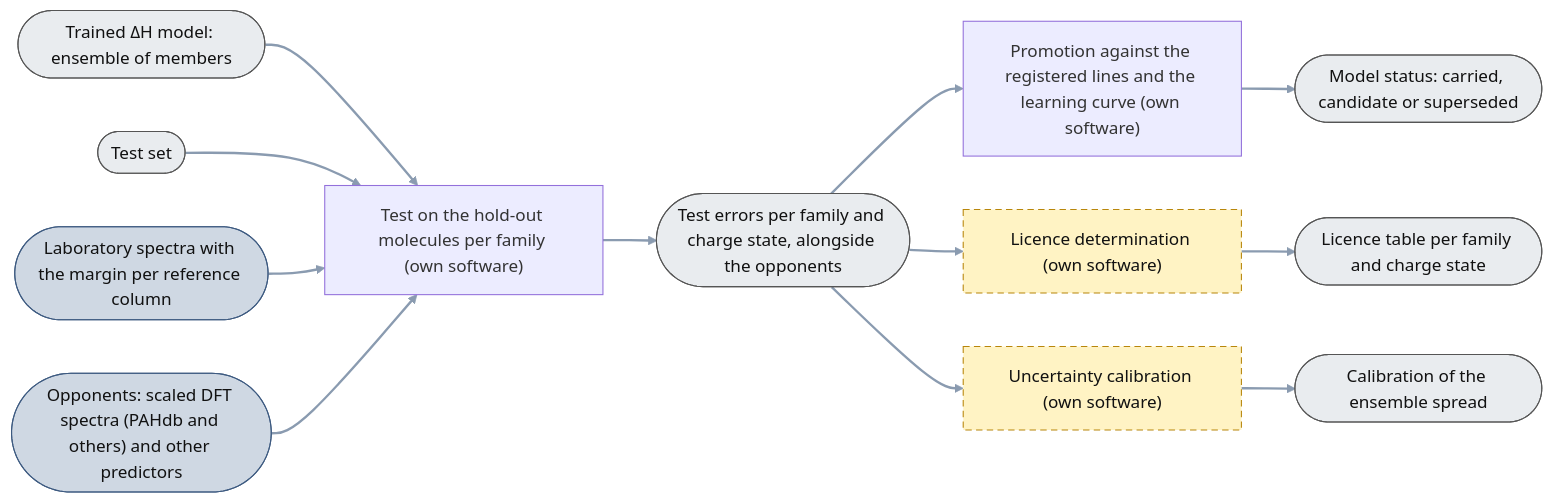
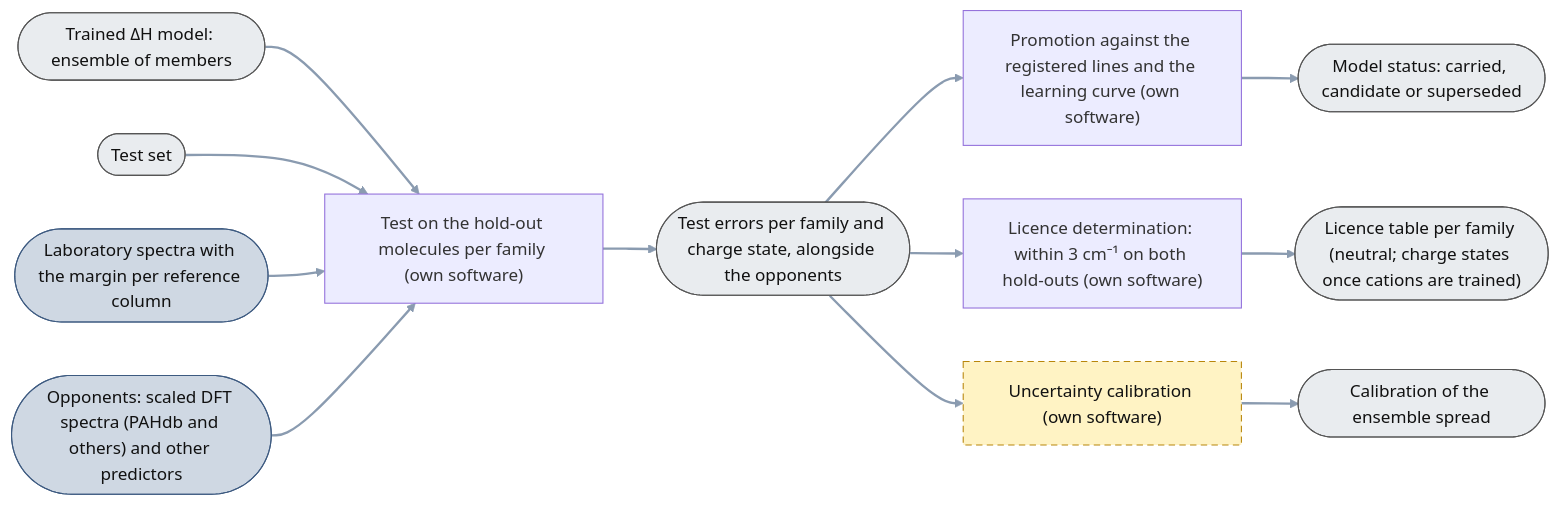
One commit to thebreadishard/udacity-capstone-plan changed the diagram in plans/05_delta-probed-ir-pipeline/GoalGathering/architecture/70_test_and_licence.mmd. Above: the diagram before and after it, drawn with Mermaid. The commit also changed 2 other files, not shown here.

Commit message:
Sheet 70 on decision 65: the licence determination is built (within 3 cm-1 on both hold-outs, neutral molecules); rendered locally with Mermaid 11 (12 nodes, 11 edges, structure unchanged); TASKS 148 waits only for the deploy

```diff
--- a/plans/05_delta-probed-ir-pipeline/GoalGathering/architecture/70_test_and_licence.mmd
+++ b/plans/05_delta-probed-ir-pipeline/GoalGathering/architecture/70_test_and_licence.mmd
@@ -1,31 +1,32 @@
 %% Test and licence (level 3b): from the trained ΔH model and the test set come the licence table and the calibration that the spectrum pipeline uses alongside the trained model. The model's weights no longer change here.
 %% Rectangle = process step (operation + software); rounded ends = data object (the thing). Every step yields one data object. Dashed = not built yet.
-%% 7 October 2026: the test per family on the fixed hold-outs (analytic labels where they exist) and the promotion of a model against lines registered before
-%% its run are built; the licence table, the calibration and the score against laboratory spectra and opponents are not yet.
+%% Built: the test per family on the fixed hold-outs (analytic labels where they exist), the promotion of a model against lines registered before its
+%% run, and the licence (decision 65: a family is licensed where the carried model's error is within 3 cm⁻¹ on both hold-outs; neutral molecules).
+%% Not yet: the calibration of the ensemble spread and the score against laboratory spectra and opponents.
 flowchart LR
   linkStyle default stroke:#8a9bb0,stroke-width:2.2px
   classDef planned stroke-dasharray: 6 4,stroke:#b8860b,fill:#fff3c4,color:#111
   classDef data fill:#e9ecef,stroke:#555,color:#111
   classDef ext fill:#cfd8e3,stroke:#3d5a80,color:#111
 
   ENS(["Trained ΔH model: ensemble of members"]):::data
   TESTSET(["Test set"]):::data
   LABDB(["Laboratory spectra with the margin per reference column"]):::ext
   PAHDB(["Opponents: scaled DFT spectra (PAHdb and others) and other predictors"]):::ext
   TEST["Test on the hold-out molecules per family (own software)"]
   TESTR(["Test errors per family and charge state, alongside the opponents"]):::data
   PROMO["Promotion against the registered lines and the learning curve (own software)"]
   STAT(["Model status: carried, candidate or superseded"]):::data
-  LIC["Licence determination (own software)"]:::planned
-  LICT(["Licence table per family and charge state"]):::data
+  LIC["Licence determination: within 3 cm⁻¹ on both hold-outs (own software)"]
+  LICT(["Licence table per family (neutral; charge states once cations are trained)"]):::data
   CAL["Uncertainty calibration (own software)"]:::planned
   CALR(["Calibration of the ensemble spread"]):::data
 
   ENS --> TEST
   TESTSET --> TEST
   LABDB --> TEST
   PAHDB --> TEST
   TEST --> TESTR
   TESTR --> PROMO --> STAT
   TESTR --> LIC --> LICT
   TESTR --> CAL --> CALR
```
